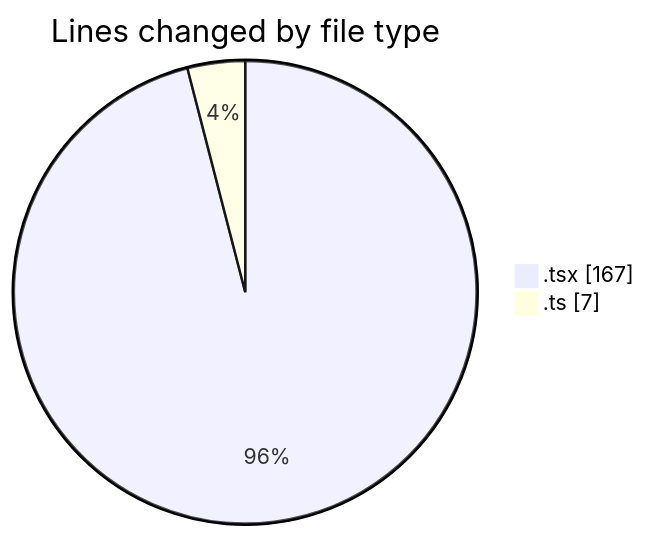
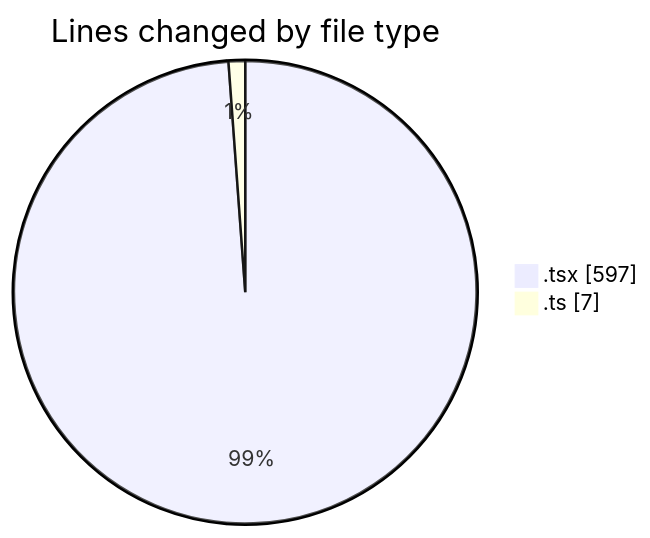
Before and after one commit to robertbonfada/code-tracking: the first of 2 diagrams in 2025-01-29/audiobooks-web/README.md, drawn with Mermaid. The commit also changed other lines of this file and 1 other file, not shown here.

````diff
--- a/2025-01-29/audiobooks-web/README.md
+++ b/2025-01-29/audiobooks-web/README.md
@@ -23,6 +24,6 @@
 ```mermaid
 pie showData
 title Lines changed by file type
-".tsx" : 167
+".tsx" : 597
 ".ts" : 7
 ```
````
